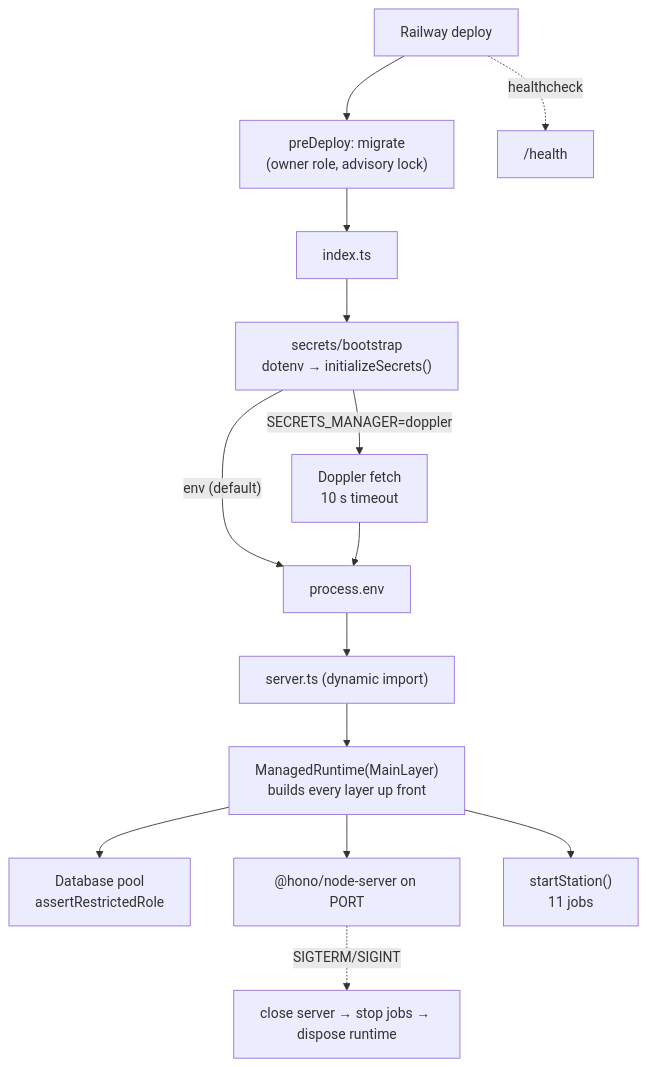
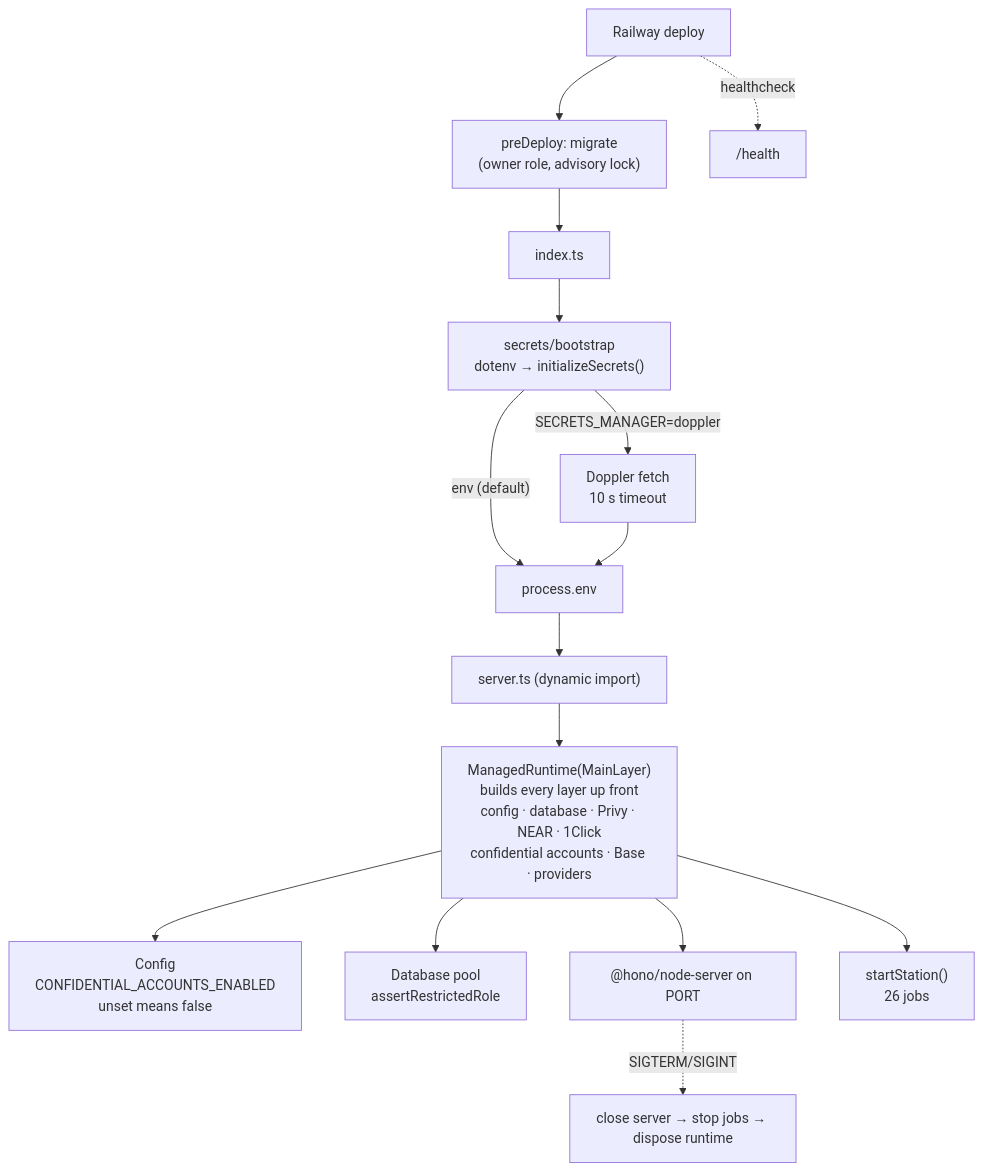
Before and after one commit to Expendi/Expendi-business: the diagram in docs/architecture/src/03-api-boot.mmd, drawn with Mermaid. The commit also changed 32 other files, not shown here.

First line of the commit message:
docs: redraw the architecture diagrams for NEAR and confidential accounts

```diff
--- a/docs/architecture/src/03-api-boot.mmd
+++ b/docs/architecture/src/03-api-boot.mmd
@@ -1,14 +1,15 @@
 flowchart TD
   IDX["index.ts"] --> BOOT["secrets/bootstrap<br/>dotenv → initializeSecrets()"]
   BOOT -- "SECRETS_MANAGER=doppler" --> DOP["Doppler fetch<br/>10 s timeout"]
   BOOT -- "env (default)" --> ENV["process.env"]
   DOP --> ENV
   ENV --> SRV["server.ts (dynamic import)"]
-  SRV --> RT["ManagedRuntime(MainLayer)<br/>builds every layer up front"]
+  SRV --> RT["ManagedRuntime(MainLayer)<br/>builds every layer up front<br/>config · database · Privy · NEAR · 1Click<br/>confidential accounts · Base · providers"]
+  RT --> CFG["Config<br/>CONFIDENTIAL_ACCOUNTS_ENABLED<br/>unset means false"]
   RT --> DBC["Database pool<br/>assertRestrictedRole"]
   RT --> SERVE["@hono/node-server on PORT"]
-  RT --> ST["startStation()<br/>11 jobs"]
+  RT --> ST["startStation()<br/>26 jobs"]
   SERVE -. "SIGTERM/SIGINT" .-> STOP["close server → stop jobs → dispose runtime"]
   RAIL["Railway deploy"] --> MIG["preDeploy: migrate<br/>(owner role, advisory lock)"]
   MIG --> IDX
   RAIL -. "healthcheck" .-> HC["/health"]
```
